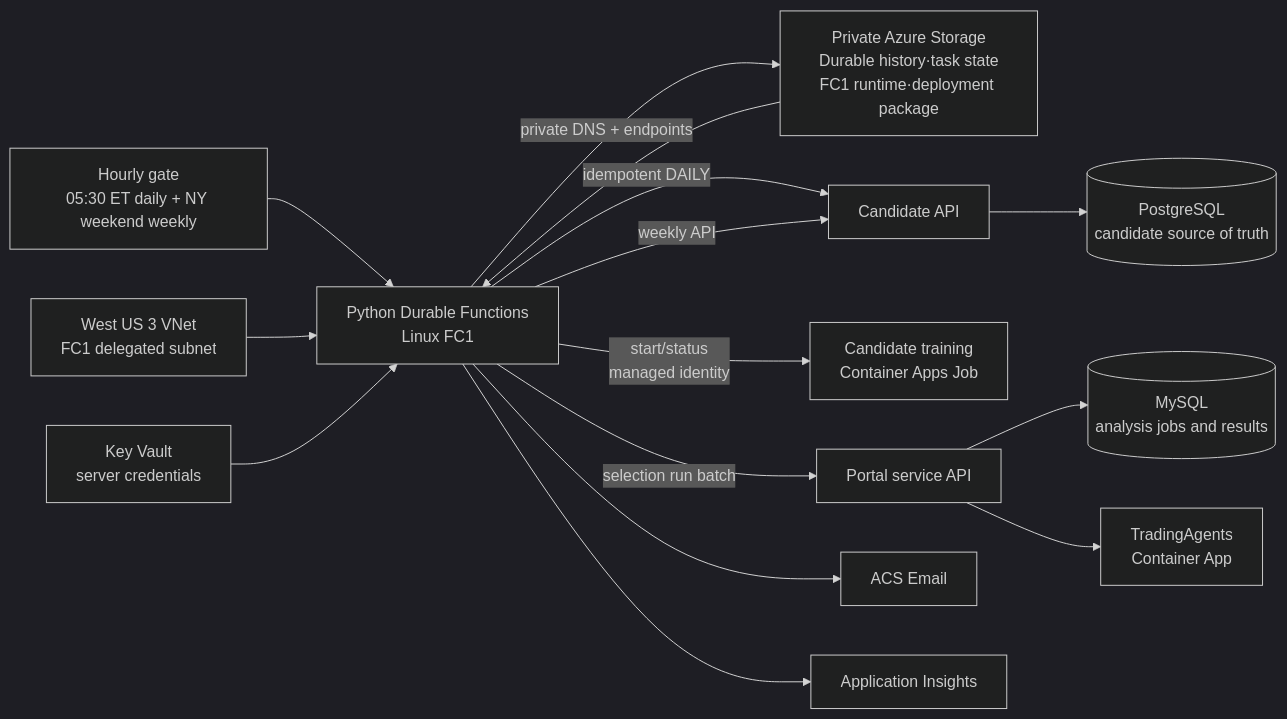
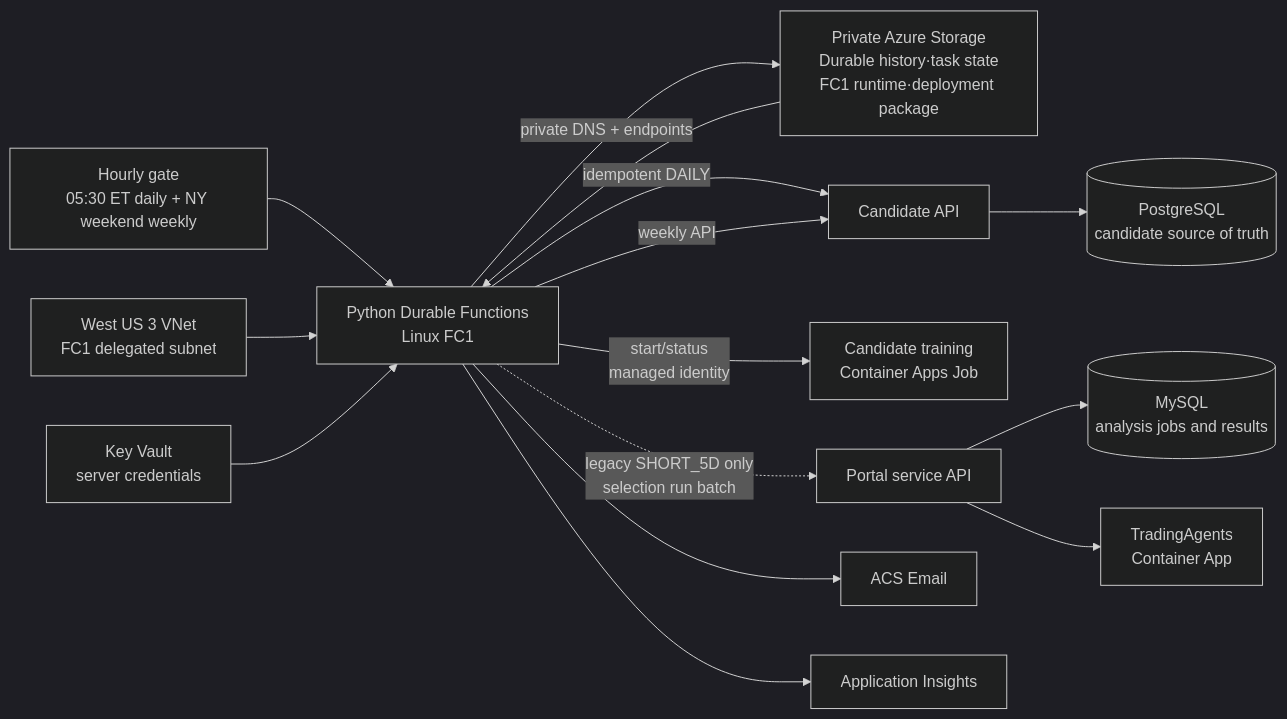
Before and after one commit to brjeong-private/sp500-candidate-engine: the diagram in orchestrator/README.md, drawn with Mermaid (dark theme). The commit also changed other lines of this file and 69 other files, not shown here.

````diff
--- a/orchestrator/README.md
+++ b/orchestrator/README.md
@@ -22,17 +22,17 @@
 ```mermaid
 flowchart LR
     Timer["Hourly gate<br/>05:30 ET daily + NY weekend weekly"] --> Function["Python Durable Functions<br/>Linux FC1"]
     Storage["Private Azure Storage<br/>Durable history·task state<br/>FC1 runtime·deployment package"] --> Function
     VNet["West US 3 VNet<br/>FC1 delegated subnet"] --> Function
     Function -->|"private DNS + endpoints"| Storage
     Vault["Key Vault<br/>server credentials"] --> Function
     Function -->|"idempotent DAILY"| Candidate["Candidate API"]
     Function -->|"weekly API"| Candidate
     Function -->|"start/status<br/>managed identity"| Training["Candidate training<br/>Container Apps Job"]
     Candidate --> PostgreSQL[("PostgreSQL<br/>candidate source of truth")]
-    Function -->|"selection run batch"| Portal["Portal service API"]
+    Function -.->|"legacy SHORT_5D only<br/>selection run batch"| Portal["Portal service API"]
     Portal --> MySQL[("MySQL<br/>analysis jobs and results")]
     Portal --> Trading["TradingAgents<br/>Container App"]
     Function --> Email["ACS Email"]
     Function --> Insights["Application Insights"]
 ```
````
